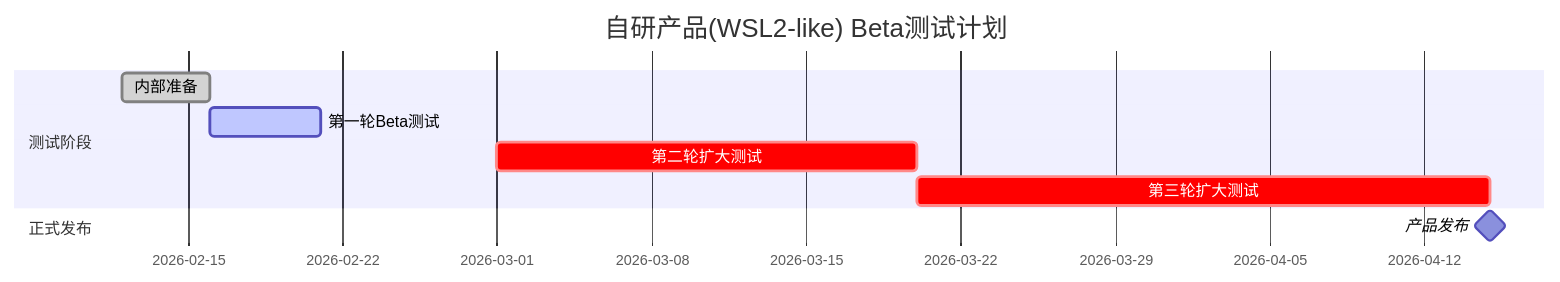
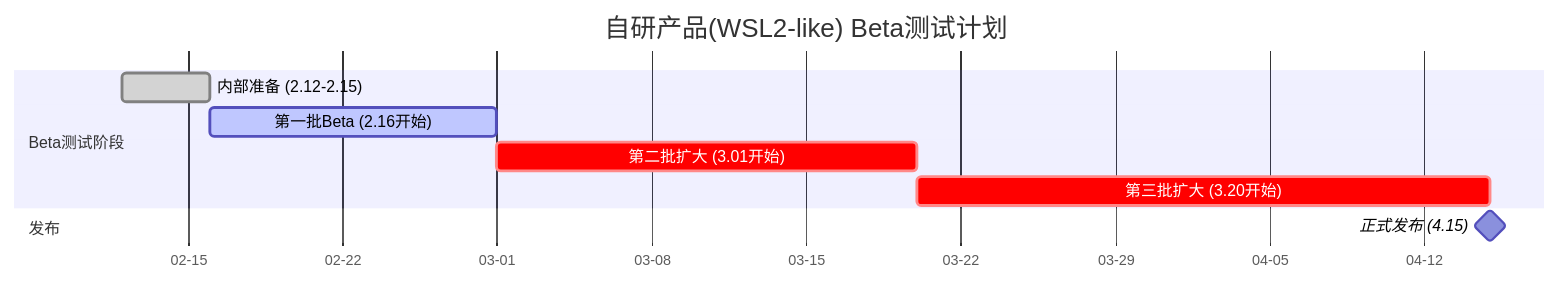
The diagram in all/未命名.md (kilans/iodraw-files), drawn with Mermaid before and after one commit.

Commit message:
2026-02-12 15:14:43 update

````diff
--- a/all/未命名.md
+++ b/all/未命名.md
@@ -1,13 +1,16 @@
 ```mermaid
 gantt
     title 自研产品(WSL2-like) Beta测试计划
     dateFormat  YYYY-MM-DD
-    section 测试阶段
-    内部准备          :done, 2026-02-12, 4d
-    第一轮Beta测试   :active, 2026-02-16, 5d
-    第二轮扩大测试   :crit, 2026-03-01, 19d
-    第三轮扩大测试   :crit, 2026-03-20, 26d
-    section 正式发布
-    产品发布         :milestone, 2026-04-15, 0d
+    axisFormat %m-%d
+    
+    section Beta测试阶段
+    内部准备 (2.12-2.15)       :done, 2026-02-12, 4d
+    第一批Beta (2.16开始)      :active, 2026-02-16, 13d
+    第二批扩大 (3.01开始)      :crit, 2026-03-01, 19d
+    第三批扩大 (3.20开始)      :crit, 2026-03-20, 26d
+    
+    section 发布
+    正式发布 (4.15)           :milestone, 2026-04-15, 0d
 
 ```
````
